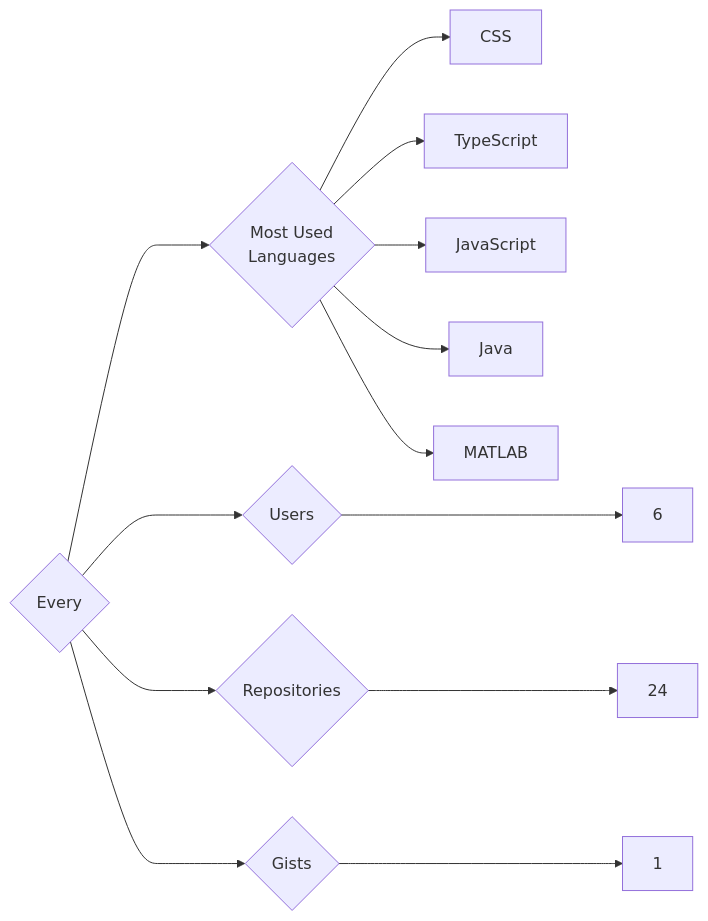
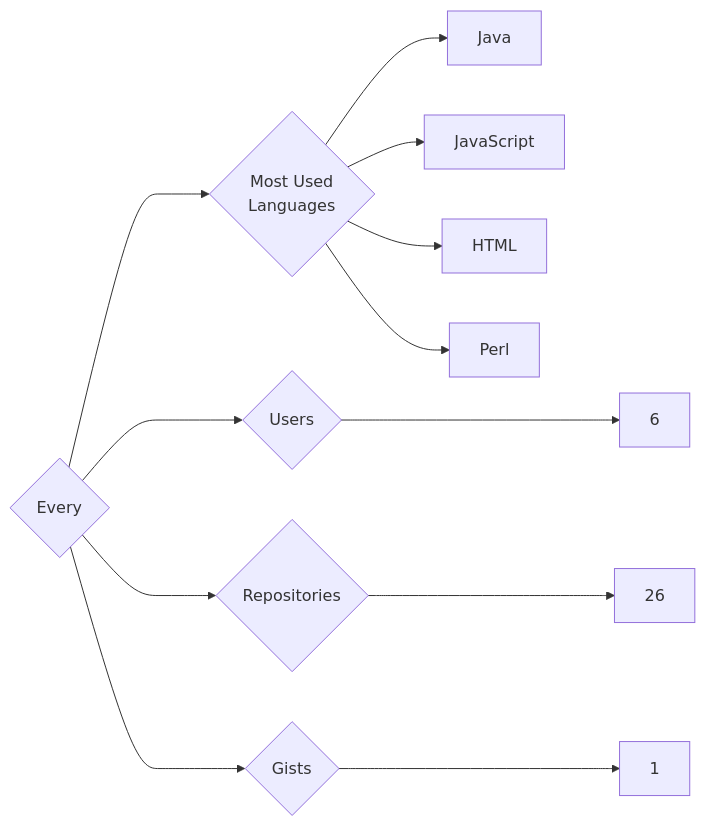
One commit to trickest/insiders changed the diagram in targets/Every/README.md. Above: the diagram before and after it, drawn with Mermaid. The commit also changed 745 other files, not shown here.

````diff
--- a/targets/Every/README.md
+++ b/targets/Every/README.md
@@ -3,13 +3,12 @@
 ```mermaid
 graph LR
 COMPANY_NAME{Every}
 COMPANY_NAME ---> U{Users} ---> UN[6]
-COMPANY_NAME ---> R{Repositories} ---> RN[24]
+COMPANY_NAME ---> R{Repositories} ---> RN[26]
 COMPANY_NAME ---> G{Gists} ---> GN[1]
 COMPANY_NAME ---> ML{Most Used<br>Languages}
-ML --> CSS[CSS]
-ML --> TypeScript[TypeScript]
+ML --> Java[Java]
 ML --> JavaScript[JavaScript]
-ML --> Java[Java]
-ML --> MATLAB[MATLAB]
+ML --> HTML[HTML]
+ML --> Perl[Perl]
 ```
````
